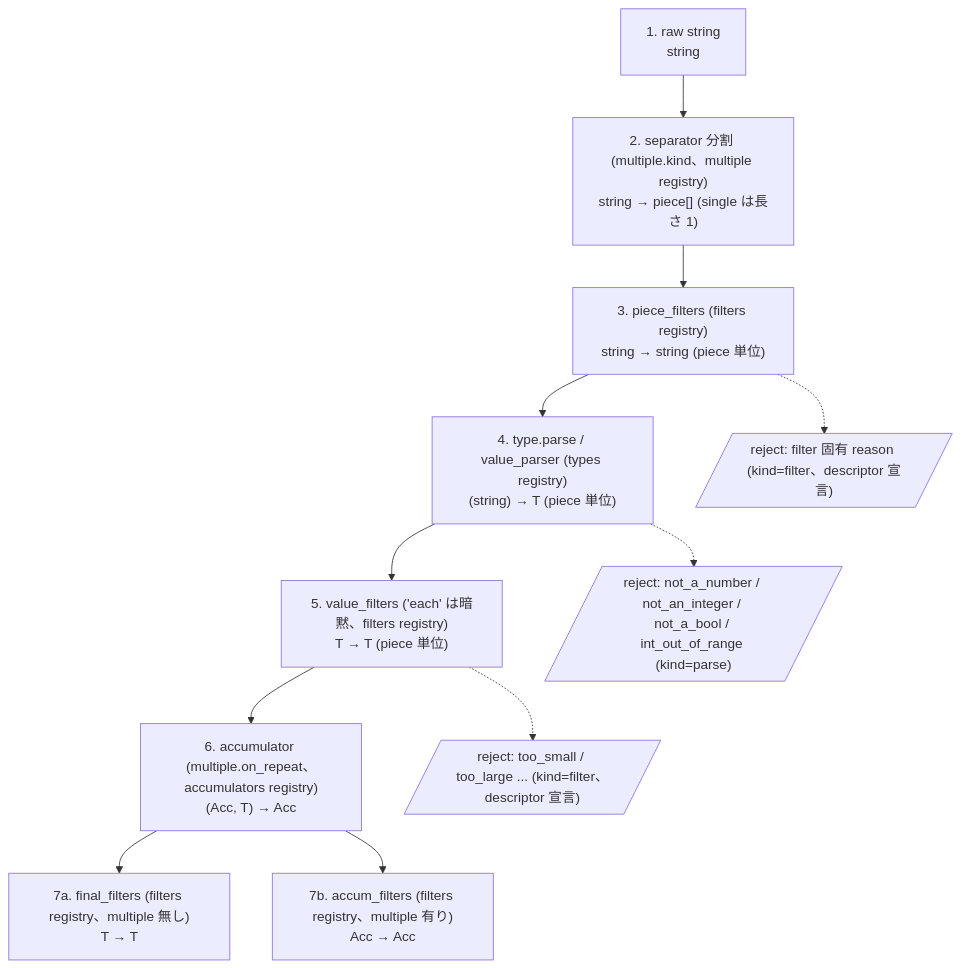
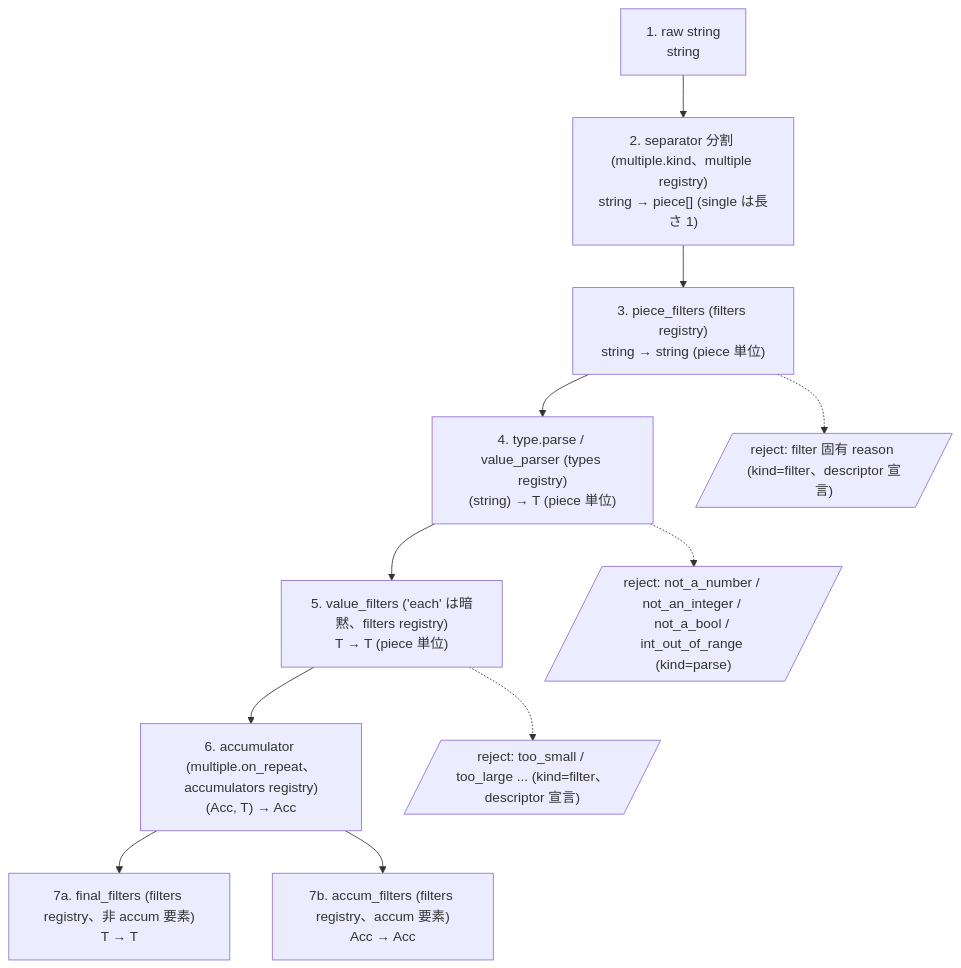
The second of 2 diagrams in docs/PIPELINE.md (kawaz/kuu), drawn with Mermaid before and after one commit. The commit also changed other lines of this file and 4 other files, not shown here.

Commit message:
docs+schema: DR-102 の accum 適格判定を is_accum_elem (multiple/repeat/separator) に精密化

````diff
--- a/docs/PIPELINE.md
+++ b/docs/PIPELINE.md
@@ -57,24 +57,24 @@
 ```mermaid
 flowchart TD
   S1["1. raw string<br/>string"]
   S2["2. separator 分割 (multiple.kind、multiple registry)<br/>string → piece[] (single は長さ 1)"]
   S3["3. piece_filters (filters registry)<br/>string → string (piece 単位)"]
   S4["4. type.parse / value_parser (types registry)<br/>(string) → T (piece 単位)"]
   S5["5. value_filters ('each' は暗黙、filters registry)<br/>T → T (piece 単位)"]
   S6["6. accumulator (multiple.on_repeat、accumulators registry)<br/>(Acc, T) → Acc"]
-  S7a["7a. final_filters (filters registry、multiple 無し)<br/>T → T"]
-  S7b["7b. accum_filters (filters registry、multiple 有り)<br/>Acc → Acc"]
+  S7a["7a. final_filters (filters registry、非 accum 要素)<br/>T → T"]
+  S7b["7b. accum_filters (filters registry、accum 要素)<br/>Acc → Acc"]
   R3[/"reject: filter 固有 reason (kind=filter、descriptor 宣言)"/]
   R4[/"reject: not_a_number / not_an_integer / not_a_bool / int_out_of_range (kind=parse)"/]
   R5[/"reject: too_small / too_large ... (kind=filter、descriptor 宣言)"/]
   S1 --> S2
   S2 --> S3
   S3 --> S4
   S4 --> S5
   S5 --> S6
   S6 --> S7a
   S6 --> S7b
   S3 -.-> R3
   S4 -.-> R4
   S5 -.-> R5
 ```
````
